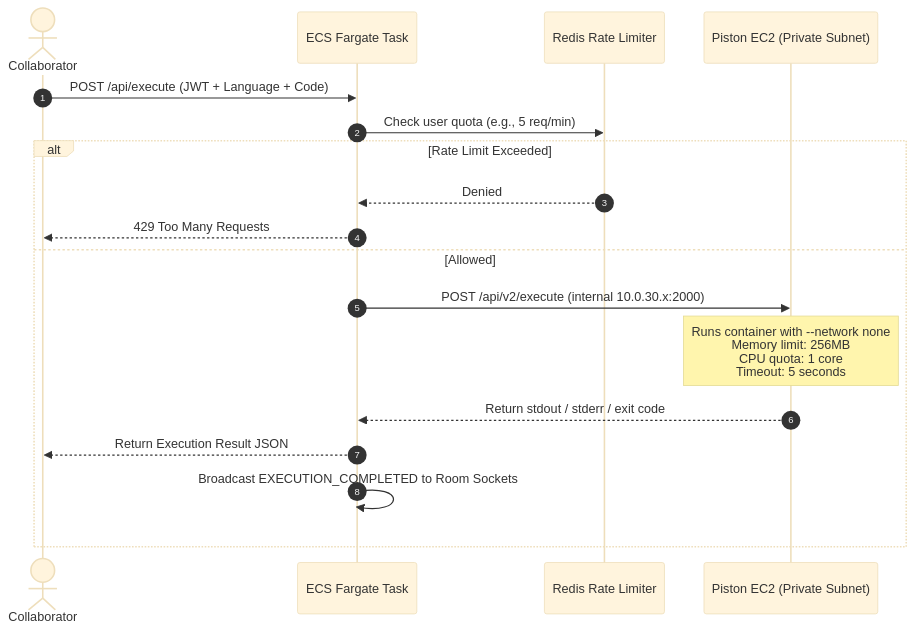
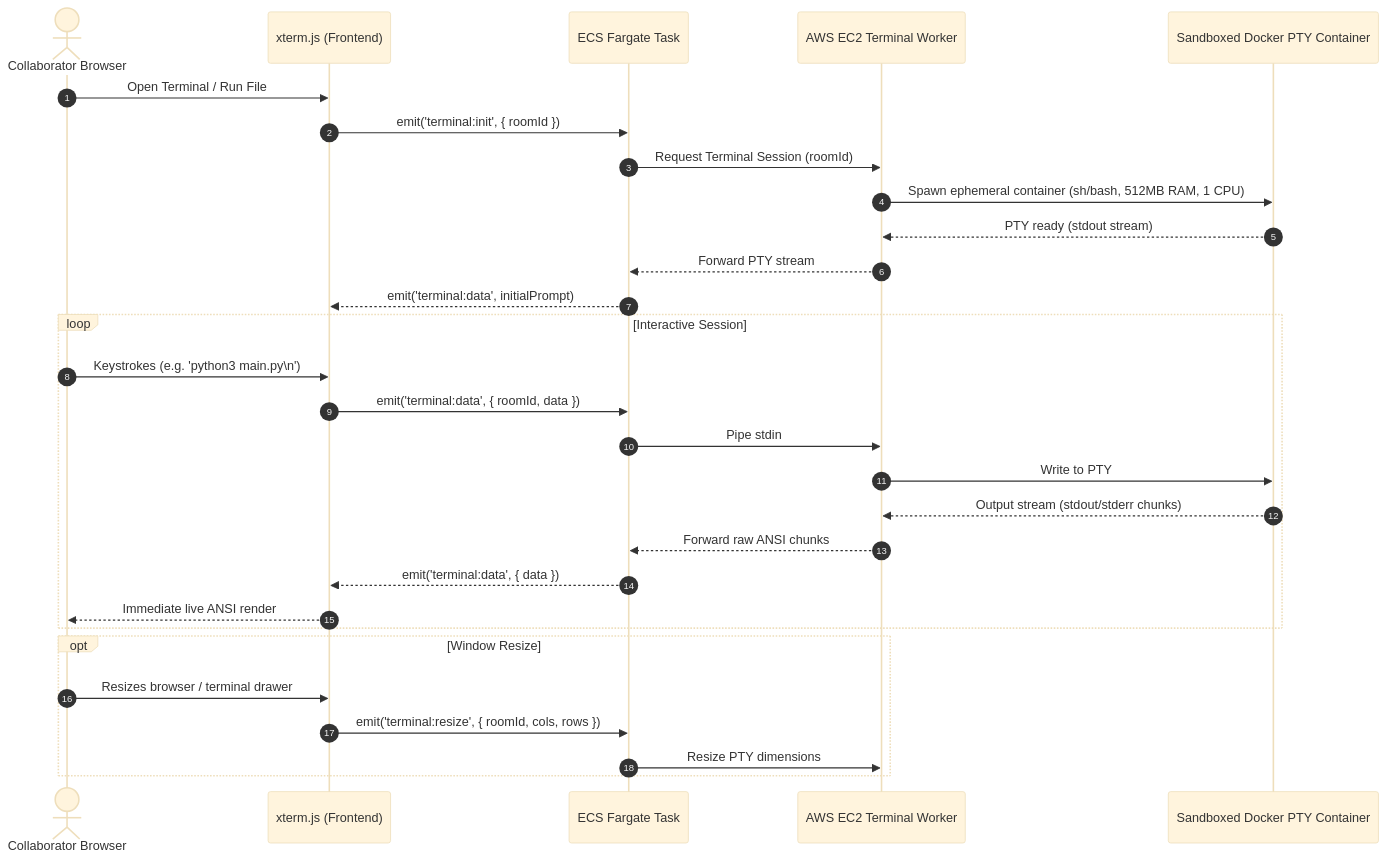
Before and after one commit to Suguda-Thakur-Marndi/CollabNet: the third of 3 diagrams in CollabNet-AWS-Plan.md, drawn with Mermaid (base theme). The commit also changed other lines of this file and 10 other files, not shown here.

````diff
--- a/CollabNet-AWS-Plan.md
+++ b/CollabNet-AWS-Plan.md
@@ -327,21 +327,34 @@
 ```mermaid
 sequenceDiagram
     autonumber
-    actor User as Collaborator
+    actor User as Collaborator Browser
+    participant Xterm as xterm.js (Frontend)
     participant Backend as ECS Fargate Task
-    participant RateLimiter as Redis Rate Limiter
-    participant Piston as Piston EC2 (Private Subnet)
+    participant Worker as AWS EC2 Terminal Worker
+    participant PTY as Sandboxed Docker PTY Container
 
-    User->>Backend: POST /api/execute (JWT + Language + Code)
-    Backend->>RateLimiter: Check user quota (e.g., 5 req/min)
-    alt Rate Limit Exceeded
-        RateLimiter-->>Backend: Denied
-        Backend-->>User: 429 Too Many Requests
-    else Allowed
-        Backend->>Piston: POST /api/v2/execute (internal 10.0.30.x:2000)
-        Note over Piston: Runs container with --network none<br/>Memory limit: 256MB<br/>CPU quota: 1 core<br/>Timeout: 5 seconds
-        Piston-->>Backend: Return stdout / stderr / exit code
-        Backend-->>User: Return Execution Result JSON
-        Backend->>Backend: Broadcast EXECUTION_COMPLETED to Room Sockets
+    User->>Xterm: Open Terminal / Run File
+    Xterm->>Backend: emit('terminal:init', { roomId })
+    Backend->>Worker: Request Terminal Session (roomId)
+    Worker->>PTY: Spawn ephemeral container (sh/bash, 512MB RAM, 1 CPU)
+    PTY-->>Worker: PTY ready (stdout stream)
+    Worker-->>Backend: Forward PTY stream
+    Backend-->>Xterm: emit('terminal:data', initialPrompt)
+    
+    loop Interactive Session
+        User->>Xterm: Keystrokes (e.g. 'python3 main.py\n')
+        Xterm->>Backend: emit('terminal:data', { roomId, data })
+        Backend->>Worker: Pipe stdin
+        Worker->>PTY: Write to PTY
+        PTY-->>Worker: Output stream (stdout/stderr chunks)
+        Worker-->>Backend: Forward raw ANSI chunks
+        Backend-->>Xterm: emit('terminal:data', { data })
+        Xterm-->>User: Immediate live ANSI render
+    end
+
+    opt Window Resize
+        User->>Xterm: Resizes browser / terminal drawer
+        Xterm->>Backend: emit('terminal:resize', { roomId, cols, rows })
+        Backend->>Worker: Resize PTY dimensions
     end
 ```
````
